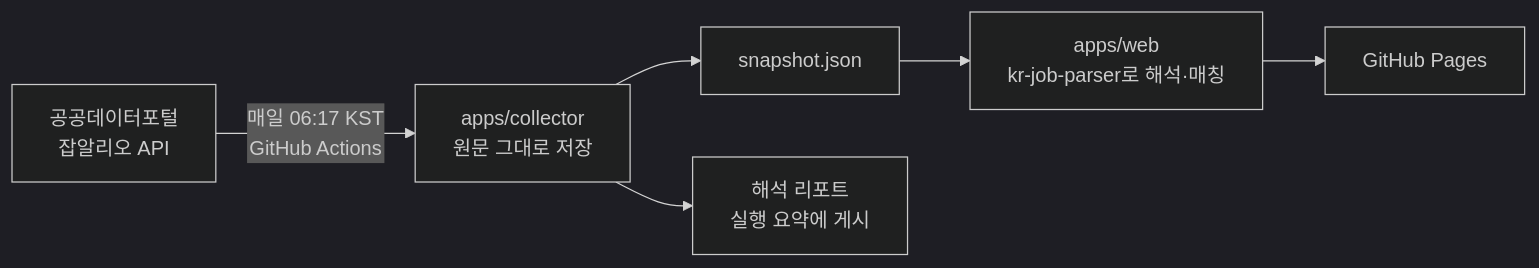
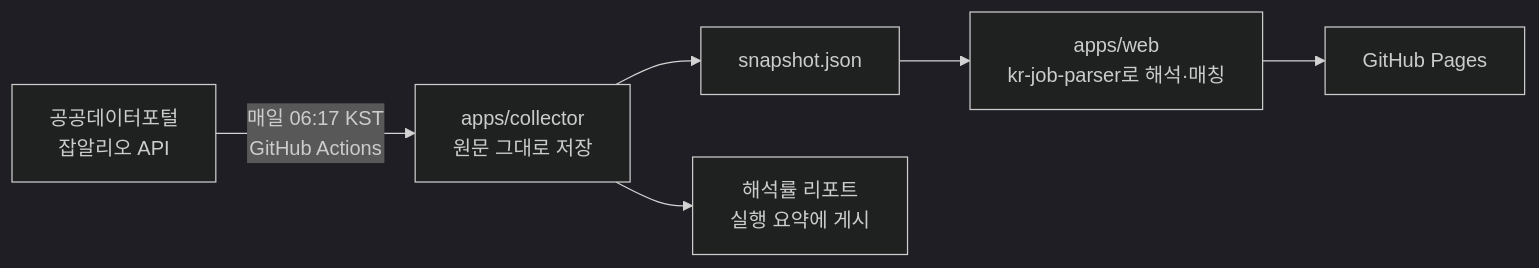
Before and after one commit to coddddin/job-alert-hub: the diagram in README.md, drawn with Mermaid (dark theme). The commit also changed other lines of this file and 12 other files, not shown here.

````diff
--- a/README.md
+++ b/README.md
@@ -37,8 +28,8 @@
 ```mermaid
 flowchart LR
     A[공공데이터포털<br>잡알리오 API] -->|매일 06:17 KST<br>GitHub Actions| B[apps/collector<br>원문 그대로 저장]
     B --> C[snapshot.json]
-    B --> R[해석 리포트<br>실행 요약에 게시]
+    B --> R[해석률 리포트<br>실행 요약에 게시]
     C --> D[apps/web<br>kr-job-parser로 해석·매칭]
     D --> E[GitHub Pages]
 ```
````
